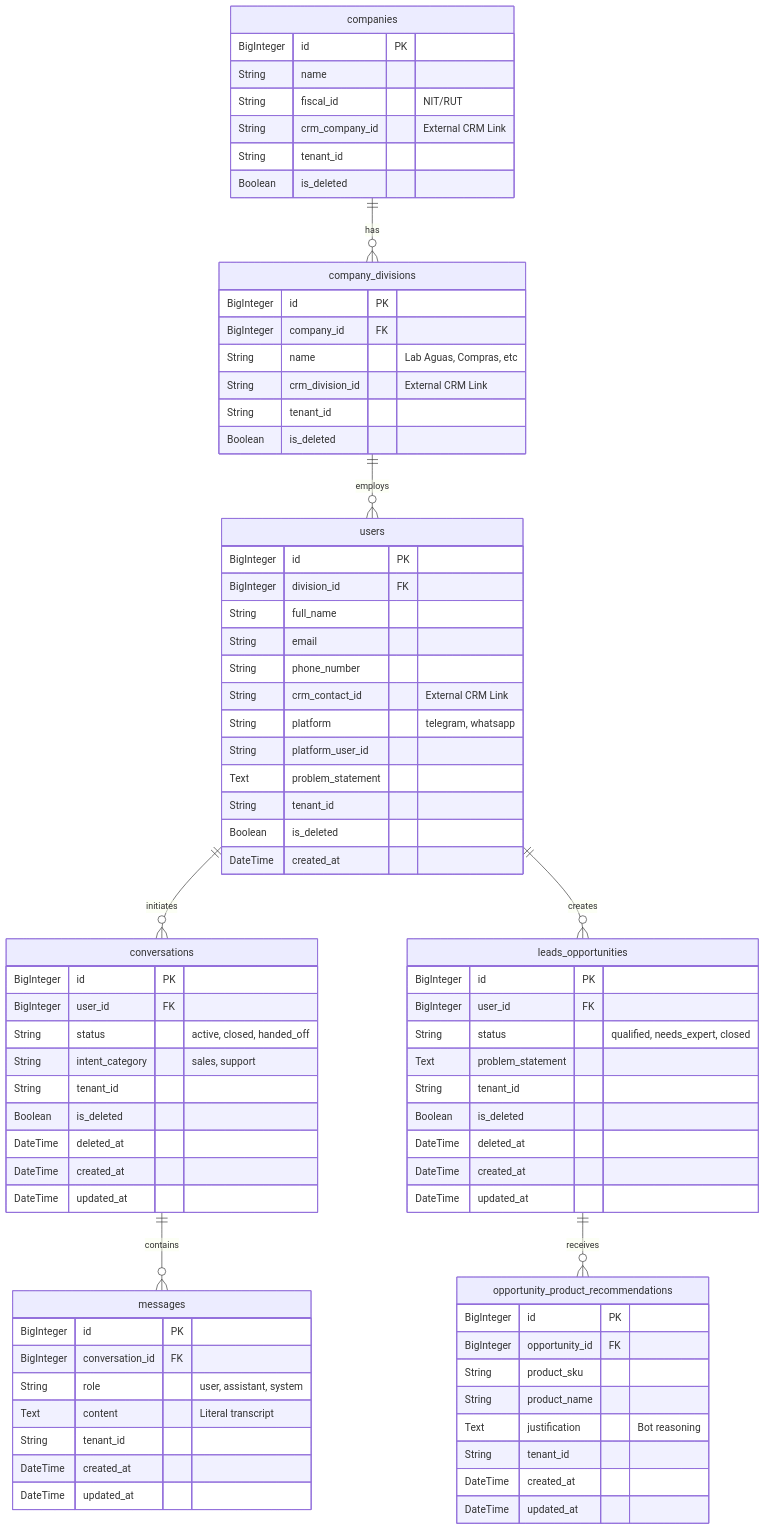
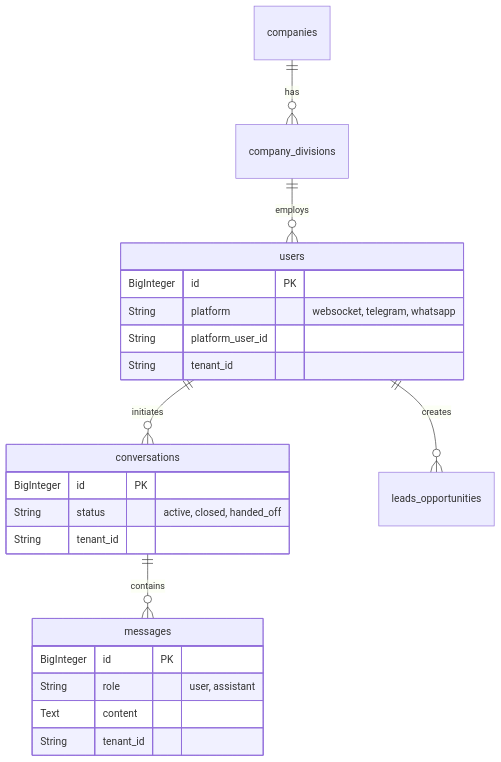
One commit to rojecas/Agent-Commercial changed the diagram in README.md. Above: the diagram before and after it, drawn with Mermaid. The commit also changed other lines of this file, not shown here.

First line of the commit message:
docs: actualizar README y Architecture blueprint con estado actual del proyecto

````diff
--- a/README.md
+++ b/README.md
@@ -31,85 +58,24 @@
     companies ||--o{ company_divisions : "has"
     company_divisions ||--o{ users : "employs"
     users ||--o{ conversations : "initiates"
+    conversations ||--o{ messages : "contains"
     users ||--o{ leads_opportunities : "creates"
-    conversations ||--o{ messages : "contains"
-    leads_opportunities ||--o{ opportunity_product_recommendations : "receives"
-
-    companies {
-        BigInteger id PK
-        String name
-        String fiscal_id "NIT/RUT"
-        String crm_company_id "External CRM Link"
-        String tenant_id
-        Boolean is_deleted
-    }
-
-    company_divisions {
-        BigInteger id PK
-        BigInteger company_id FK
-        String name "Lab Aguas, Compras, etc"
-        String crm_division_id "External CRM Link"
-        String tenant_id
-        Boolean is_deleted
-    }
 
     users {
         BigInteger id PK
-        BigInteger division_id FK
-        String full_name
-        String email
-        String phone_number
-        String crm_contact_id "External CRM Link"
-        String platform "telegram, whatsapp"
+        String platform "websocket, telegram, whatsapp"
         String platform_user_id
-        Text problem_statement
         String tenant_id
-        Boolean is_deleted
-        DateTime created_at
     }
-
     conversations {
         BigInteger id PK
-        BigInteger user_id FK
         String status "active, closed, handed_off"
-        String intent_category "sales, support"
         String tenant_id
-        Boolean is_deleted
-        DateTime deleted_at
-        DateTime created_at
-        DateTime updated_at
     }
-
     messages {
         BigInteger id PK
-        BigInteger conversation_id FK
-        String role "user, assistant, system"
-        Text content "Literal transcript"
+        String role "user, assistant"
+        Text content
         String tenant_id
-        DateTime created_at
-        DateTime updated_at
-    }
-
-    leads_opportunities {
-        BigInteger id PK
-        BigInteger user_id FK
-        String status "qualified, needs_expert, closed"
-        Text problem_statement
-        String tenant_id
-        Boolean is_deleted
-        DateTime deleted_at
-        DateTime created_at
-        DateTime updated_at
-    }
-
-    opportunity_product_recommendations {
-        BigInteger id PK
-        BigInteger opportunity_id FK
-        String product_sku
-        String product_name
-        Text justification "Bot reasoning"
-        String tenant_id
-        DateTime created_at
-        DateTime updated_at
     }
 ```
````
